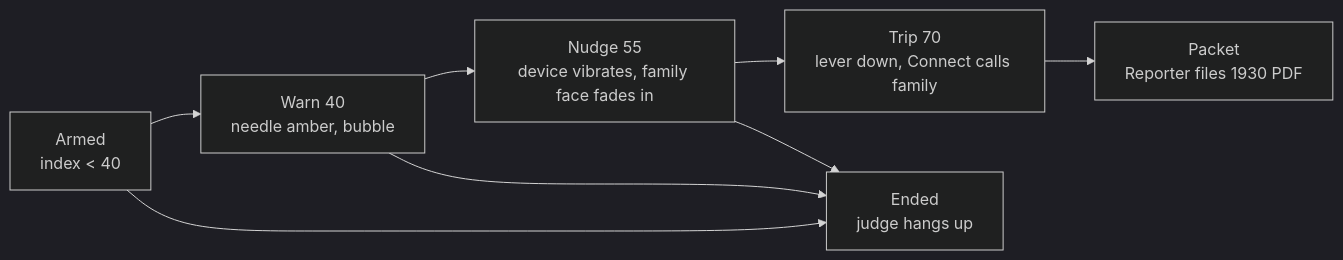
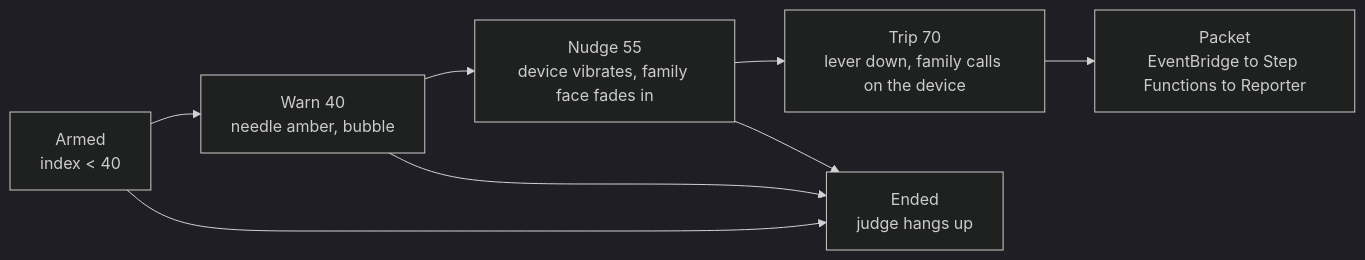
The second of 3 diagrams in docs/PRD.md (nitine/circuit-breaker), drawn with Mermaid (dark theme) before and after one commit. The commit also changed other lines of this file, not shown here.

First line of the commit message:
docs: PRD folds in final stack (TanStack Start, Fargate, no Connect) and picker redesign

````diff
--- a/docs/PRD.md
+++ b/docs/PRD.md
@@ -126,10 +126,10 @@
 ```mermaid
 flowchart LR
     A[Armed<br/>index < 40] --> W[Warn 40<br/>needle amber, bubble]
     W --> N[Nudge 55<br/>device vibrates, family face fades in]
-    N --> T[Trip 70<br/>lever down, Connect calls family]
-    T --> P[Packet<br/>Reporter files 1930 PDF]
+    N --> T[Trip 70<br/>lever down, family calls on the device]
+    T --> P[Packet<br/>EventBridge to Step Functions to Reporter]
     A --> E[Ended<br/>judge hangs up]
     W --> E
     N --> E
 ```
````
